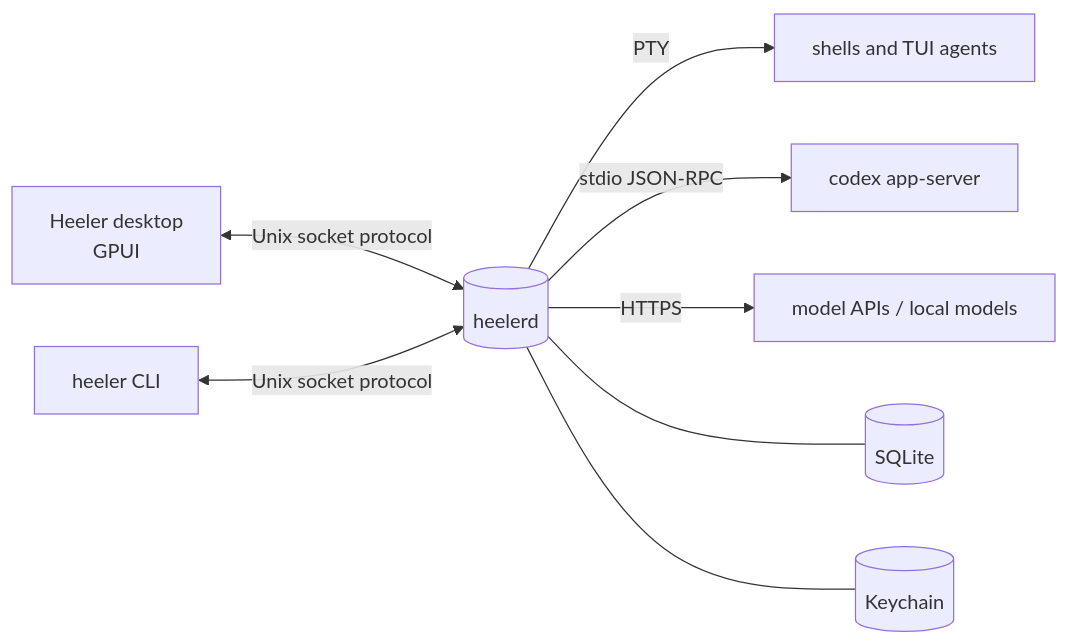
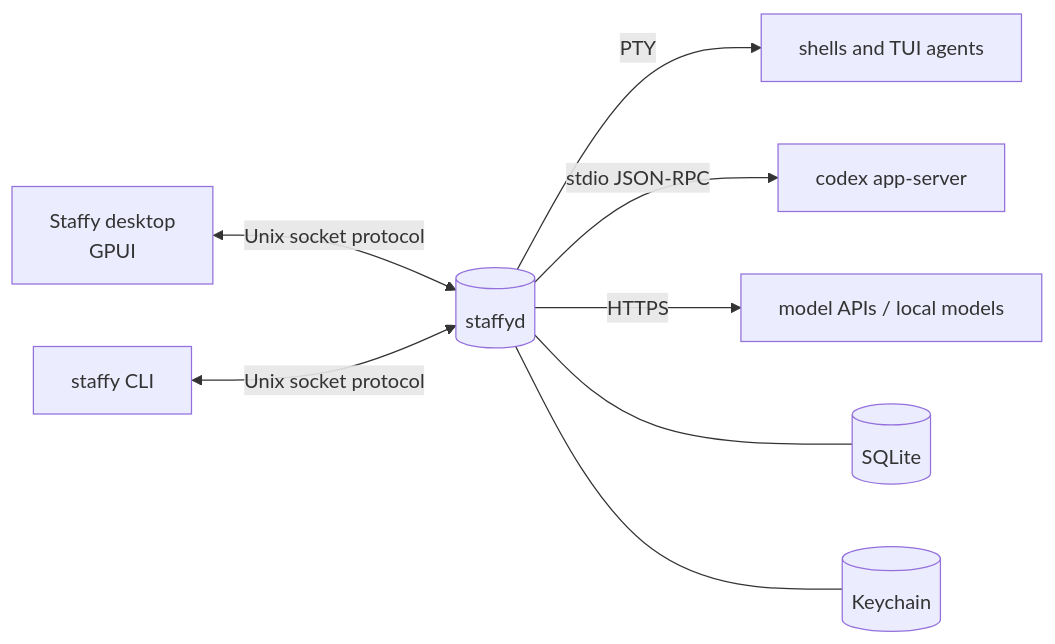
Before and after one commit to robertt3kuk/heeler: the diagram in README.md, drawn with Mermaid. The commit also changed other lines of this file and 378 other files, not shown here.

Commit message:
refactor!: rename the project from Heeler to Staffy

````diff
--- a/README.md
+++ b/README.md
@@ -32,10 +32,10 @@
 ```mermaid
 flowchart LR
-  D[Heeler desktop<br/>GPUI] <-->|Unix socket protocol| H[(heelerd)]
-  CLI[heeler CLI] <-->|Unix socket protocol| H
+  D[Staffy desktop<br/>GPUI] <-->|Unix socket protocol| H[(staffyd)]
+  CLI[staffy CLI] <-->|Unix socket protocol| H
   H -->|PTY| T[shells and TUI agents]
   H -->|stdio JSON-RPC| C[codex app-server]
   H -->|HTTPS| M[model APIs / local models]
   H --- DB[(SQLite)]
   H --- KC[(Keychain)]
 ```
````
